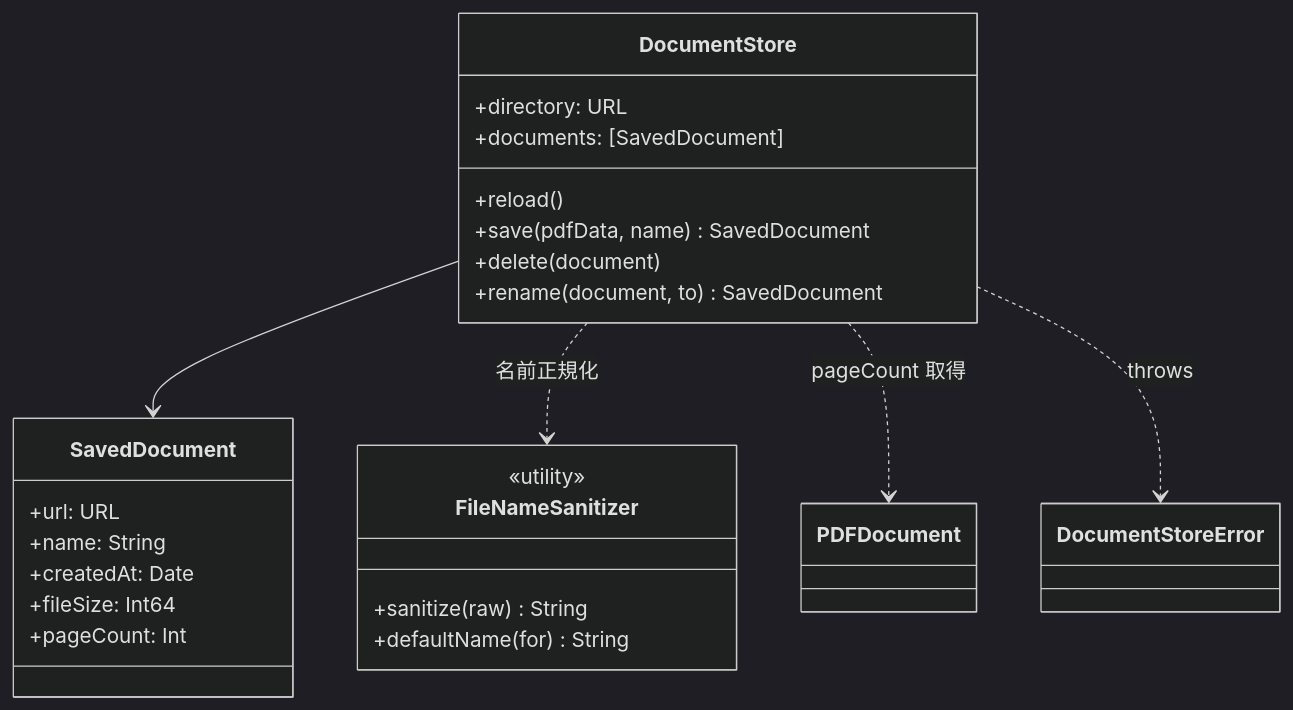
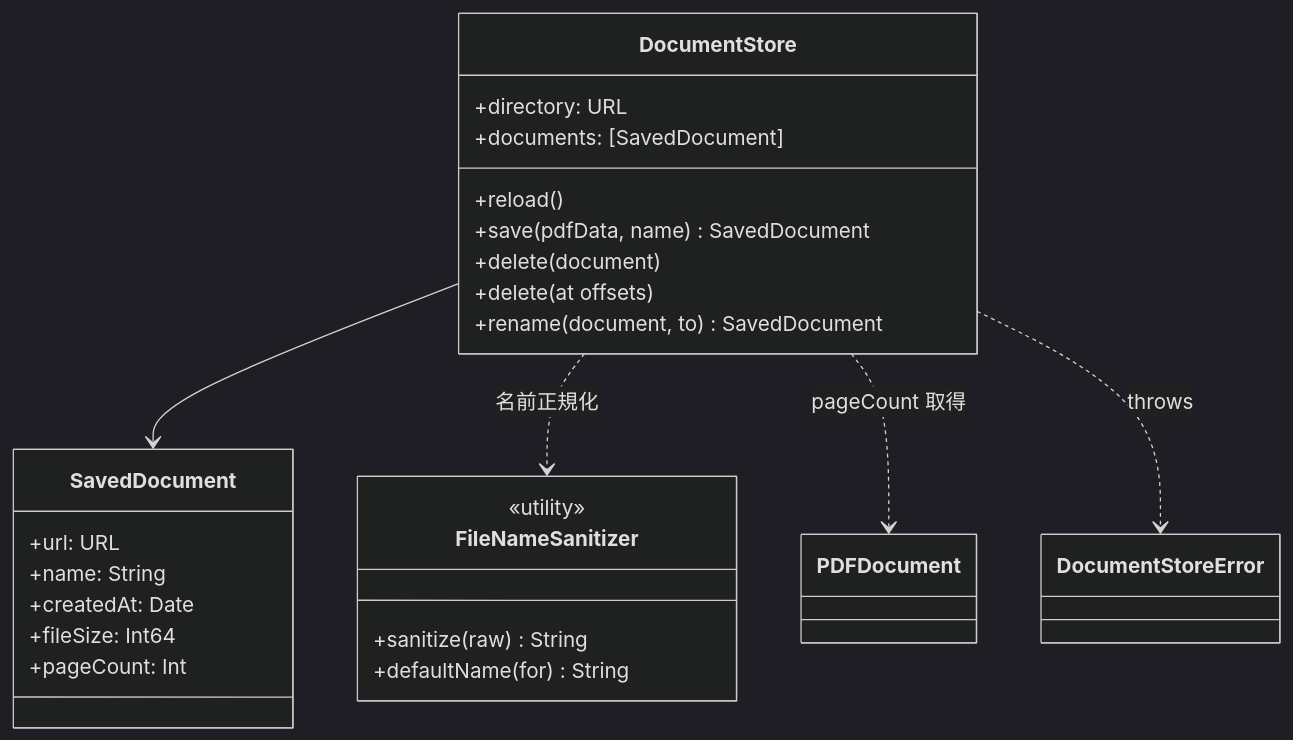
The first of 2 diagrams in DocScanner/Storage/README.md (gomurin0428/DocScanner), drawn with Mermaid (dark theme) before and after one commit. The commit also changed other lines of this file and 22 other files, not shown here.

````diff
--- a/DocScanner/Storage/README.md
+++ b/DocScanner/Storage/README.md
@@ -24,27 +25,28 @@
 ```mermaid
 classDiagram
     class DocumentStore {
         +directory: URL
         +documents: [SavedDocument]
         +reload()
         +save(pdfData, name) SavedDocument
         +delete(document)
+        +delete(at offsets)
         +rename(document, to) SavedDocument
     }
     class SavedDocument {
         +url: URL
         +name: String
         +createdAt: Date
         +fileSize: Int64
         +pageCount: Int
     }
     class FileNameSanitizer {
         <<utility>>
         +sanitize(raw) String
         +defaultName(for) String
     }
     DocumentStore --> SavedDocument
     DocumentStore ..> FileNameSanitizer : 名前正規化
     DocumentStore ..> PDFDocument : pageCount 取得
     DocumentStore ..> DocumentStoreError : throws
 ```
````
